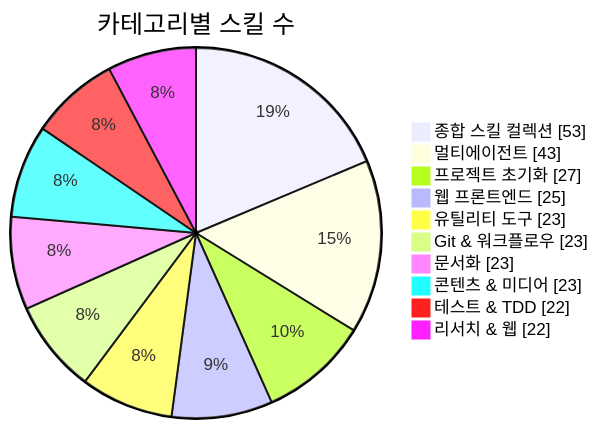
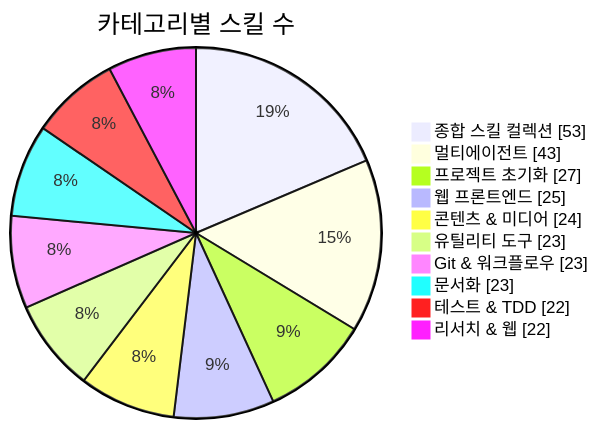
Before and after one commit to J-nowcow/awesome-korean-agent-skills: the first of 3 diagrams in README.md, drawn with Mermaid. The commit also changed other lines of this file and 3 other files, not shown here.

````diff
--- a/README.md
+++ b/README.md
@@ -176,14 +176,14 @@
 ```mermaid
 pie showData
     title 카테고리별 스킬 수
     "종합 스킬 컬렉션" : 53
     "멀티에이전트" : 43
     "프로젝트 초기화" : 27
     "웹 프론트엔드" : 25
+    "콘텐츠 & 미디어" : 24
     "유틸리티 도구" : 23
     "Git & 워크플로우" : 23
     "문서화" : 23
-    "콘텐츠 & 미디어" : 23
     "테스트 & TDD" : 22
     "리서치 & 웹" : 22
 ```
````
